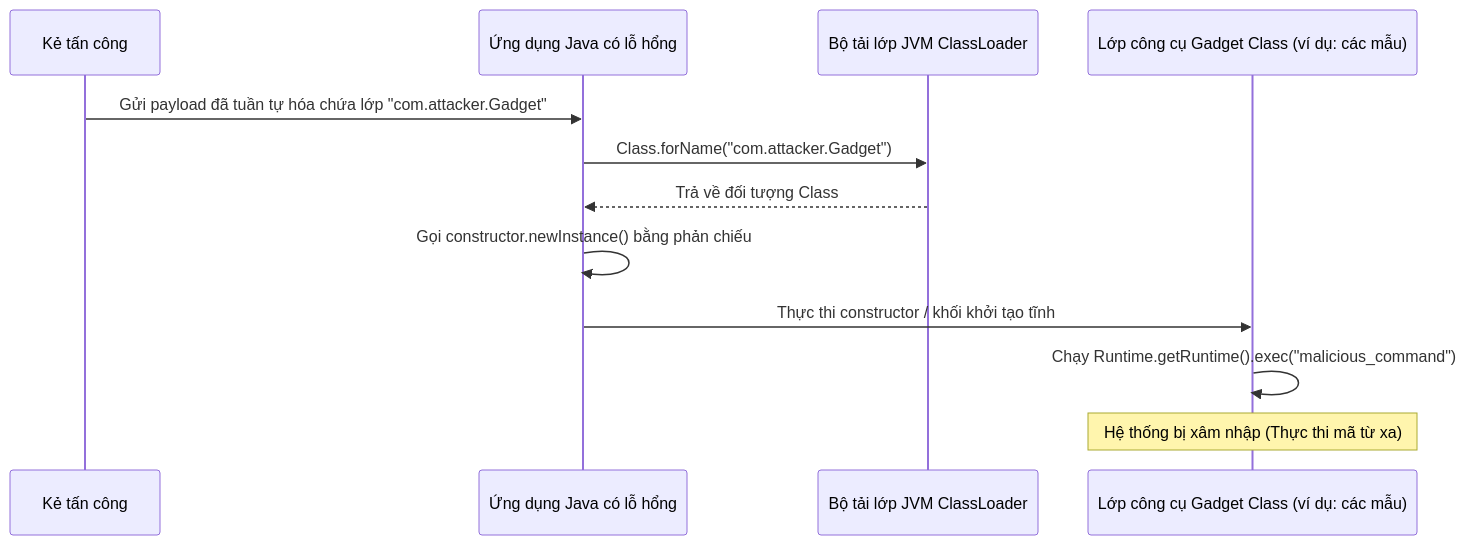
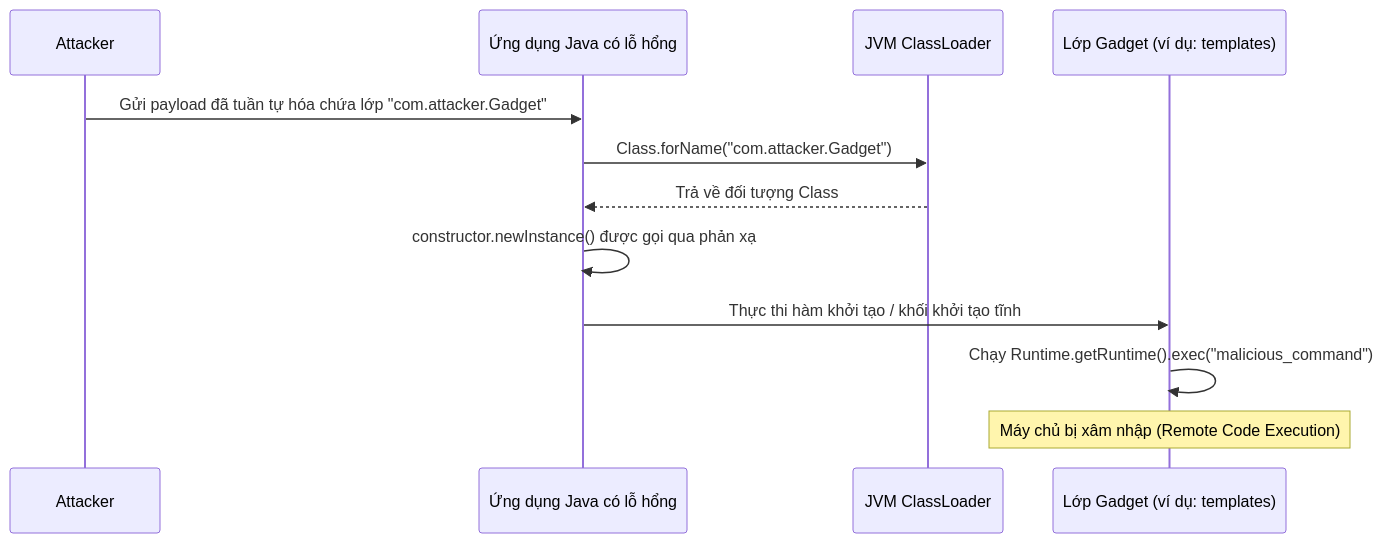
One commit to PhuThien2005/theoretical-of-java-core changed the second of 3 diagrams in vi/31-reflection/theory/02-advantages-and-disadvantages-of-reflection-concepts.md. Above: the diagram before and after it, drawn with Mermaid. The commit also changed other lines of this file and 229 other files, not shown here.

````diff
--- a/vi/31-reflection/theory/02-advantages-and-disadvantages-of-reflection-concepts.md
+++ b/vi/31-reflection/theory/02-advantages-and-disadvantages-of-reflection-concepts.md
@@ -118,15 +110,15 @@
 ```mermaid
 sequenceDiagram
-    participant Attacker as Kẻ tấn công
+    participant Attacker
     participant App as Ứng dụng Java có lỗ hổng
-    participant VM as Bộ tải lớp JVM ClassLoader
-    participant Gadget as Lớp công cụ Gadget Class (ví dụ: các mẫu)
+    participant VM as JVM ClassLoader
+    participant Gadget as Lớp Gadget (ví dụ: templates)
     
     Attacker->>App: Gửi payload đã tuần tự hóa chứa lớp "com.attacker.Gadget"
     App->>VM: Class.forName("com.attacker.Gadget")
     VM-->>App: Trả về đối tượng Class
-    App->>App: Gọi constructor.newInstance() bằng phản chiếu
-    App->>Gadget: Thực thi constructor / khối khởi tạo tĩnh
+    App->>App: constructor.newInstance() được gọi qua phản xạ
+    App->>Gadget: Thực thi hàm khởi tạo / khối khởi tạo tĩnh
     Gadget->>Gadget: Chạy Runtime.getRuntime().exec("malicious_command")
-    Note over Gadget: Hệ thống bị xâm nhập (Thực thi mã từ xa)
+    Note over Gadget: Máy chủ bị xâm nhập (Remote Code Execution)
 ```
````
